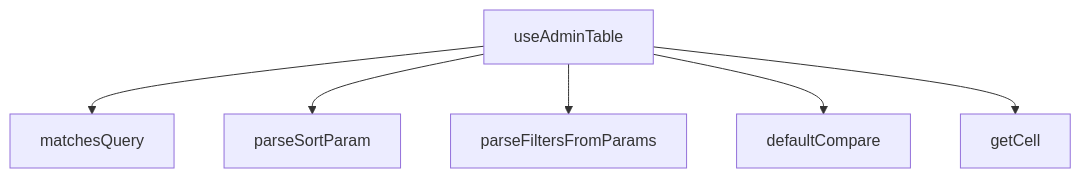
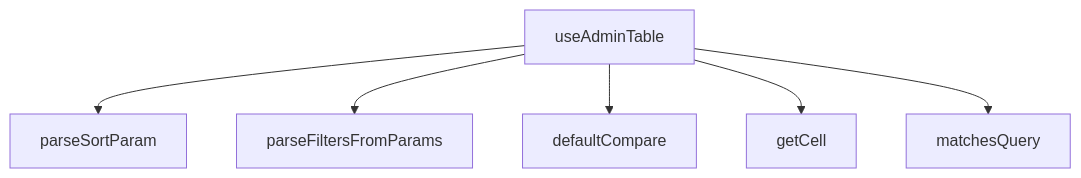
The diagram in src/hooks/useAdminTable.md (peckop/venthub-hvac-esite), drawn with Mermaid before and after one commit. The commit also changed other lines of this file and 12 other files, not shown here.

First line of the commit message:
feat(admin): migrate AdminErrorsPage to DataTableKit (server-mode validator)

````diff
--- a/src/hooks/useAdminTable.md
+++ b/src/hooks/useAdminTable.md
@@ -292,14 +420,14 @@
 ```mermaid
 graph TD
     useAdminTable_ts__defaultCompare["defaultCompare"]
     useAdminTable_ts__getCell["getCell"]
     useAdminTable_ts__matchesQuery["matchesQuery"]
     useAdminTable_ts__parseFiltersFromParams["parseFiltersFromParams"]
     useAdminTable_ts__parseSortParam["parseSortParam"]
     useAdminTable_ts__useAdminTable["useAdminTable"]
-    useAdminTable_ts__useAdminTable --> useAdminTable_ts__matchesQuery
     useAdminTable_ts__useAdminTable --> useAdminTable_ts__parseSortParam
     useAdminTable_ts__useAdminTable --> useAdminTable_ts__parseFiltersFromParams
     useAdminTable_ts__useAdminTable --> useAdminTable_ts__defaultCompare
     useAdminTable_ts__useAdminTable --> useAdminTable_ts__getCell
+    useAdminTable_ts__useAdminTable --> useAdminTable_ts__matchesQuery
 ```
````
